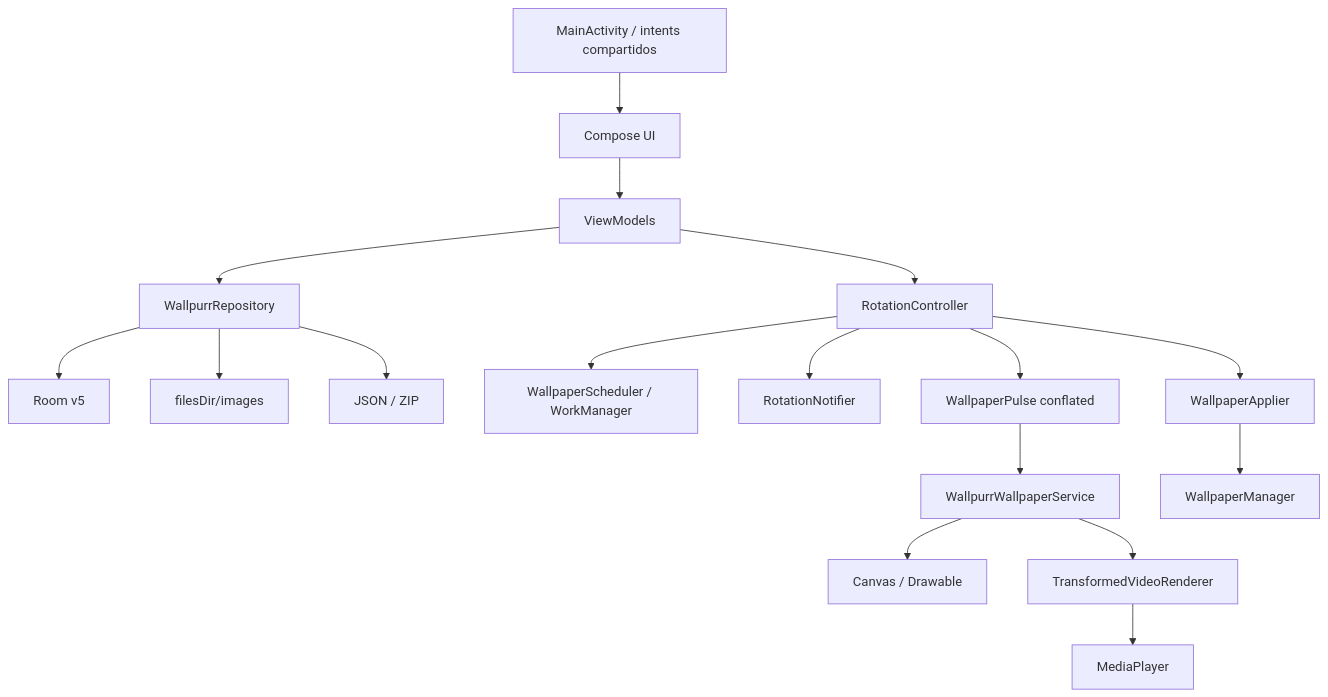
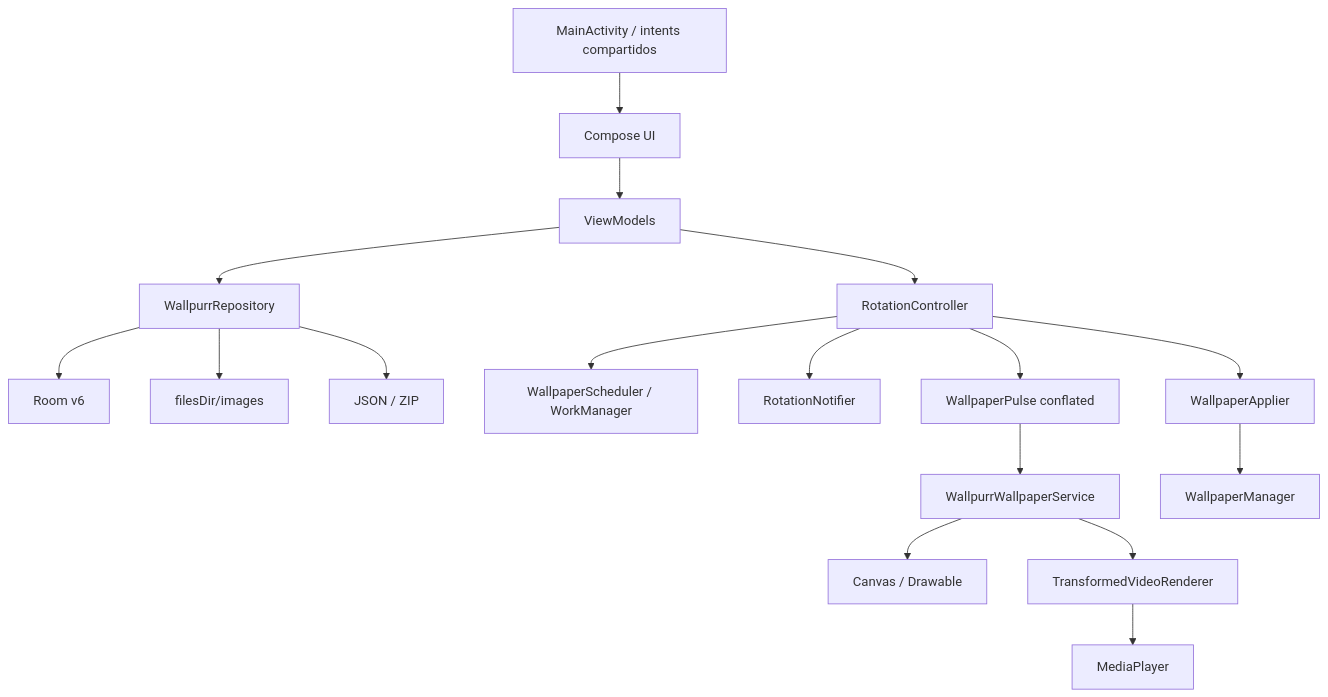
One commit to Chofito/wallpur changed the first of 4 diagrams in docs/ARCHITECTURE.md. Above: the diagram before and after it, drawn with Mermaid. The commit also changed other lines of this file and 1 other file, not shown here.

Commit message:
Docs: imágenes ocultas, ocultamiento heredado y esquema Room v6

````diff
--- a/docs/ARCHITECTURE.md
+++ b/docs/ARCHITECTURE.md
@@ -19,19 +19,19 @@
 ```mermaid
 flowchart TD
     Activity["MainActivity / intents compartidos"] --> UI["Compose UI"]
     UI --> VM["ViewModels"]
     VM --> Repo["WallpurrRepository"]
-    Repo --> Room["Room v5"]
+    Repo --> Room["Room v6"]
     Repo --> Files["filesDir/images"]
     Repo --> Backup["JSON / ZIP"]
     VM --> Rotation["RotationController"]
     Rotation --> Scheduler["WallpaperScheduler / WorkManager"]
     Rotation --> Notify["RotationNotifier"]
     Rotation --> Pulse["WallpaperPulse conflated"]
     Pulse --> Service["WallpurrWallpaperService"]
     Rotation --> Static["WallpaperApplier"]
     Service --> Canvas["Canvas / Drawable"]
     Service --> EGL["TransformedVideoRenderer"]
     EGL --> Player["MediaPlayer"]
     Static --> Manager["WallpaperManager"]
 ```
````
